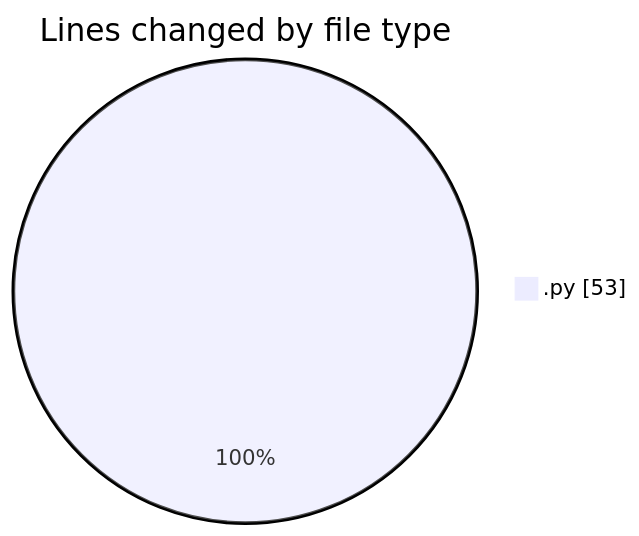
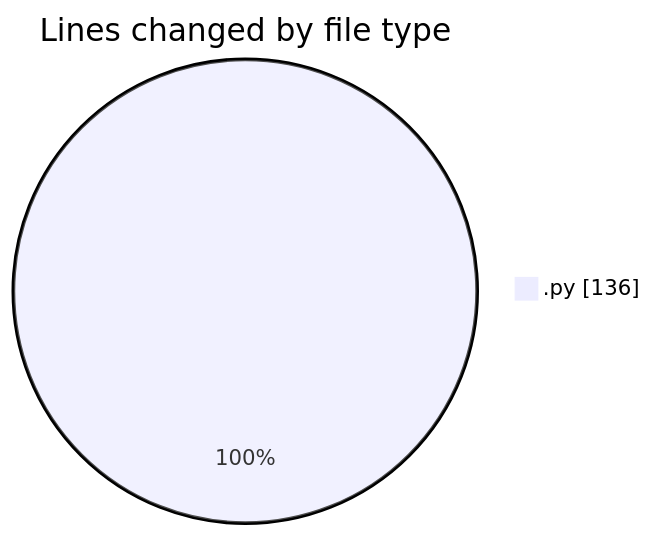
Before and after one commit to MatusMokan/code-tracking: the first of 2 diagrams in 2025-03-17/myws__workspace_/README.md, drawn with Mermaid. The commit also changed other lines of this file and 1 other file, not shown here.

````diff
--- a/2025-03-17/myws__workspace_/README.md
+++ b/2025-03-17/myws__workspace_/README.md
@@ -20,5 +21,5 @@
 ```mermaid
 pie showData
 title Lines changed by file type
-".py" : 53
+".py" : 136
 ```
````
